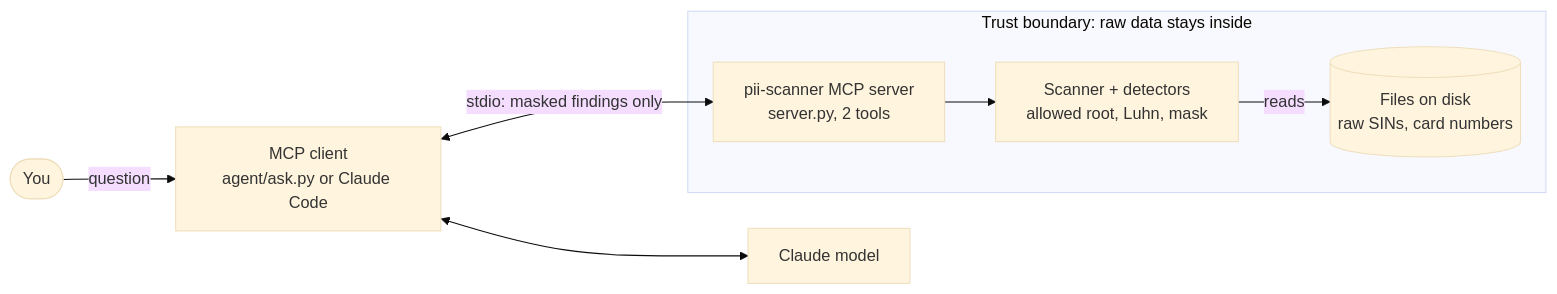
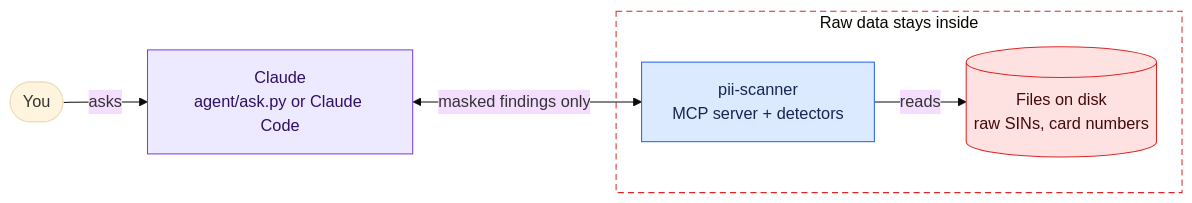
The diagram in README.md (angelshinh1/pii-scanner), drawn with Mermaid (base theme) before and after one commit.

Commit message:
docs: fix diagram in README

````diff
--- a/README.md
+++ b/README.md
@@ -17,10 +17,16 @@
 ```mermaid
 flowchart LR
-    you(["You"]) -->|question| client["MCP client<br/>agent/ask.py or Claude Code"]
-    client <--> model["Claude model"]
-    client <-->|"stdio: masked findings only"| server
-    subgraph boundary["Trust boundary: raw data stays inside"]
-        server["pii-scanner MCP server<br/>server.py, 2 tools"] --> scanner["Scanner + detectors<br/>allowed root, Luhn, mask"]
-        scanner -->|reads| files[("Files on disk<br/>raw SINs, card numbers")]
+    you(["You"]) -->|asks| claude["Claude<br/>agent/ask.py or Claude Code"]
+    claude <-->|"masked findings only"| scanner
+    subgraph boundary["Raw data stays inside"]
+        scanner["pii-scanner<br/>MCP server + detectors"] -->|reads| files[("Files on disk<br/>raw SINs, card numbers")]
     end
+
+    classDef ai fill:#ede9fe,stroke:#7c3aed,color:#2e1065
+    classDef tool fill:#dbeafe,stroke:#2563eb,color:#172554
+    classDef raw fill:#fee2e2,stroke:#dc2626,color:#450a0a
+    class claude ai
+    class scanner tool
+    class files raw
+    style boundary fill:none,stroke:#dc2626,stroke-dasharray:6 4
 ```
````
